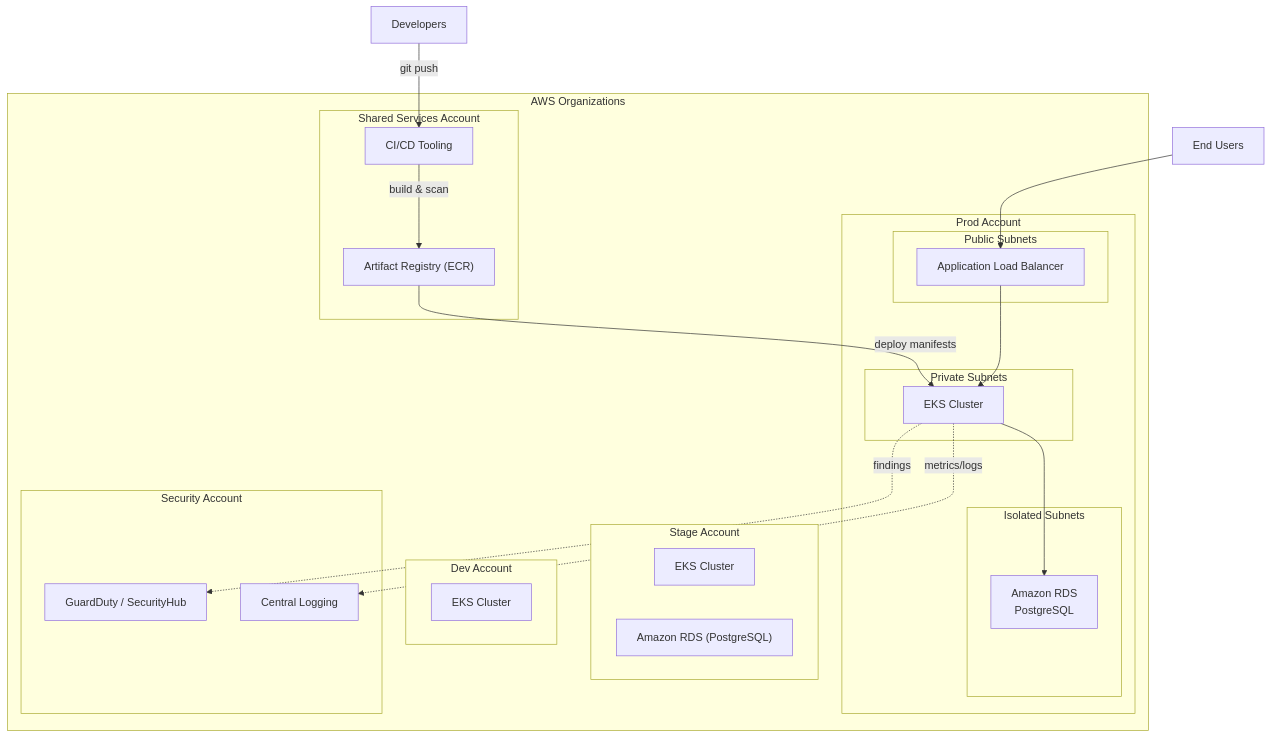
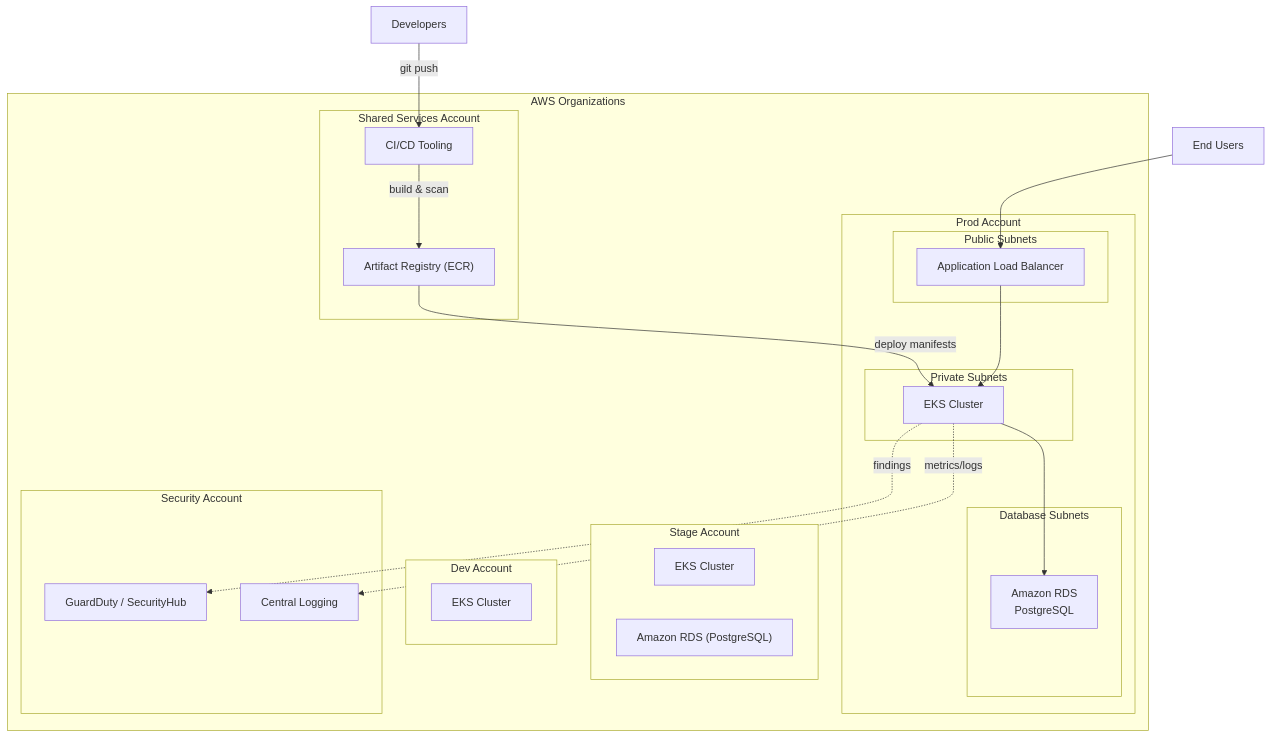
Before and after one commit to bombsdontbite/t-kyrylo-ushkalov-eu: the diagram in docs/architecture.md, drawn with Mermaid. The commit also changed other lines of this file, not shown here.

Commit message:
Rename isolated subnets to database subnets

````diff
--- a/docs/architecture.md
+++ b/docs/architecture.md
@@ -7,37 +7,37 @@
 ```mermaid
 flowchart TB
     subgraph org["AWS Organizations"]
         subgraph prod["Prod Account"]
             subgraph prod_pub["Public Subnets"]
                 alb["Application Load Balancer"]
             end
             subgraph prod_priv["Private Subnets"]
                 eks_prod["EKS Cluster"]
             end
-            subgraph prod_db["Isolated Subnets"]
+            subgraph prod_db["Database Subnets"]
                 rds_prod["Amazon RDS<br/>PostgreSQL"]
             end
         end
         subgraph stage["Stage Account"]
             eks_stage["EKS Cluster"]
             rds_stage["Amazon RDS (PostgreSQL)"]
         end
         subgraph dev["Dev Account"]
             eks_dev["EKS Cluster"]
         end
         subgraph shared["Shared Services Account"]
             ci_cd["CI/CD Tooling"]
             ecr["Artifact Registry (ECR)"]
         end
         subgraph sec["Security Account"]
             guardduty["GuardDuty / SecurityHub"]
             logging["Central Logging"]
         end
     end
     developers["Developers"] -->|git push| ci_cd
     ci_cd -->|build & scan| ecr
     ecr -->|deploy manifests| eks_prod
     users["End Users"] --> alb --> eks_prod --> rds_prod
     eks_prod -. metrics/logs .-> logging
     eks_prod -. findings .-> guardduty
 ```
````
